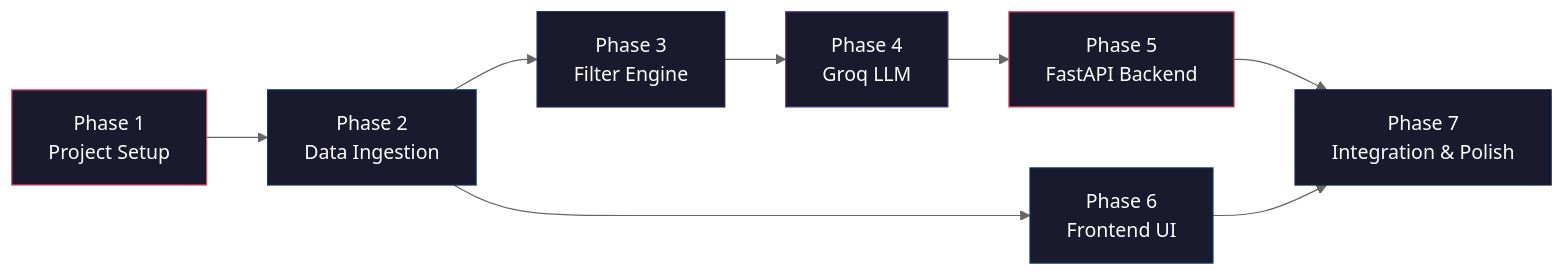
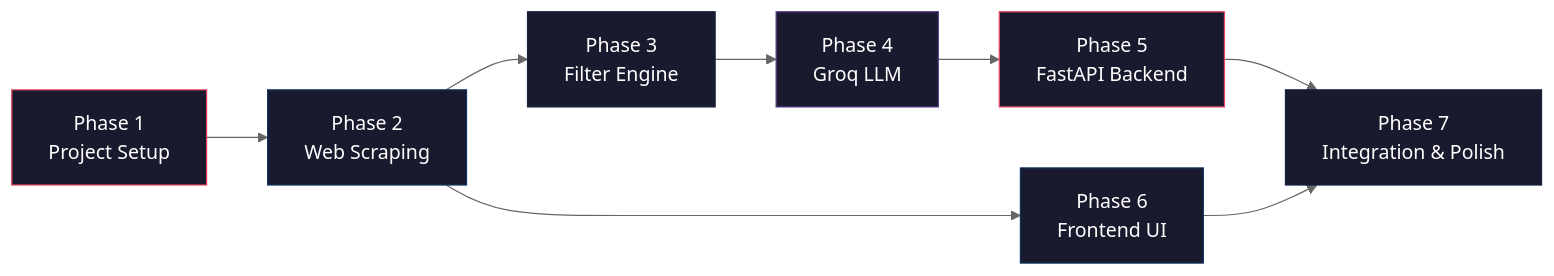
One commit to jhasanjeev94/Zomato-Project changed the second of 2 diagrams in docs/implementation-plan.md. Above: the diagram before and after it, drawn with Mermaid (neutral theme). The commit also changed other lines of this file and 16 other files, not shown here.

Commit message:
feat: migrate from HuggingFace to Zomato live web scraping

````diff
--- a/docs/implementation-plan.md
+++ b/docs/implementation-plan.md
@@ -720,18 +1099,18 @@
 ```mermaid
 graph LR
-    P1["Phase 1<br/>Project Setup"] --> P2["Phase 2<br/>Data Ingestion"]
+    P1["Phase 1<br/>Project Setup"] --> P2["Phase 2<br/>Web Scraping"]
     P2 --> P3["Phase 3<br/>Filter Engine"]
     P3 --> P4["Phase 4<br/>Groq LLM"]
     P4 --> P5["Phase 5<br/>FastAPI Backend"]
     P2 --> P6["Phase 6<br/>Frontend UI"]
     P5 --> P7["Phase 7<br/>Integration & Polish"]
     P6 --> P7
 
     style P1 fill:#1a1a2e,stroke:#e94560,color:#fff
     style P2 fill:#1a1a2e,stroke:#0f3460,color:#fff
     style P3 fill:#1a1a2e,stroke:#16213e,color:#fff
     style P4 fill:#1a1a2e,stroke:#533483,color:#fff
     style P5 fill:#1a1a2e,stroke:#e94560,color:#fff
     style P6 fill:#1a1a2e,stroke:#0f3460,color:#fff
     style P7 fill:#1a1a2e,stroke:#16213e,color:#fff
 ```
````
